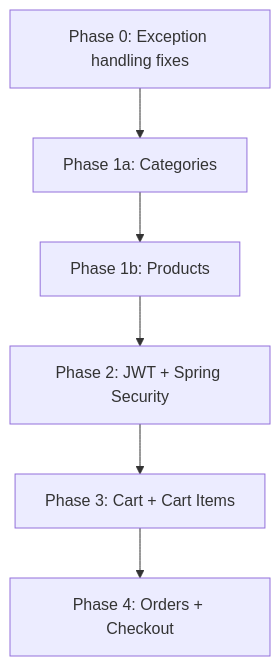
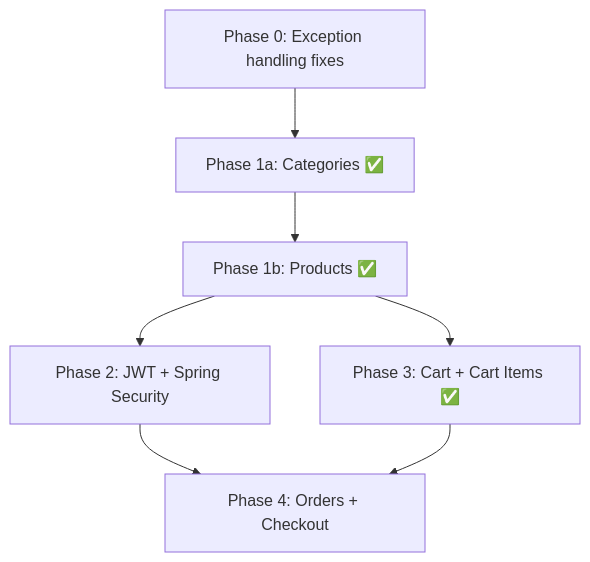
Before and after one commit to furqan-moin/E-Commerce-platform: the first of 2 diagrams in FEATURE_ROADMAP.md, drawn with Mermaid. The commit also changed other lines of this file and 1 other file, not shown here.

Commit message:
FEAT(Roadmap): updated the roadmap and project plan.

````diff
--- a/FEATURE_ROADMAP.md
+++ b/FEATURE_ROADMAP.md
@@ -52,10 +58,14 @@
 ```mermaid
 flowchart TD
     fix[Phase 0: Exception handling fixes]
-    cat[Phase 1a: Categories]
-    prod[Phase 1b: Products]
+    cat[Phase 1a: Categories ✅]
+    prod[Phase 1b: Products ✅]
     auth[Phase 2: JWT + Spring Security]
-    cart[Phase 3: Cart + Cart Items]
+    cart[Phase 3: Cart + Cart Items ✅]
     order[Phase 4: Orders + Checkout]
-    fix --> cat --> prod --> auth --> cart --> order
+    fix --> cat --> prod
+    prod --> cart
+    prod --> auth
+    auth --> order
+    cart --> order
 ```
````
